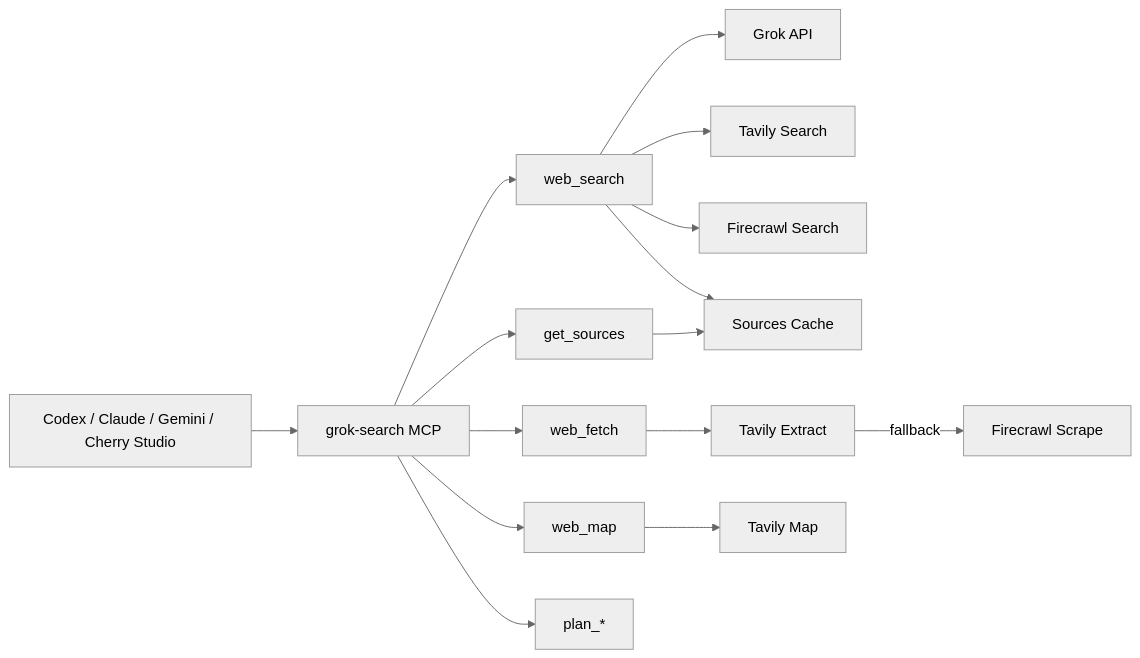
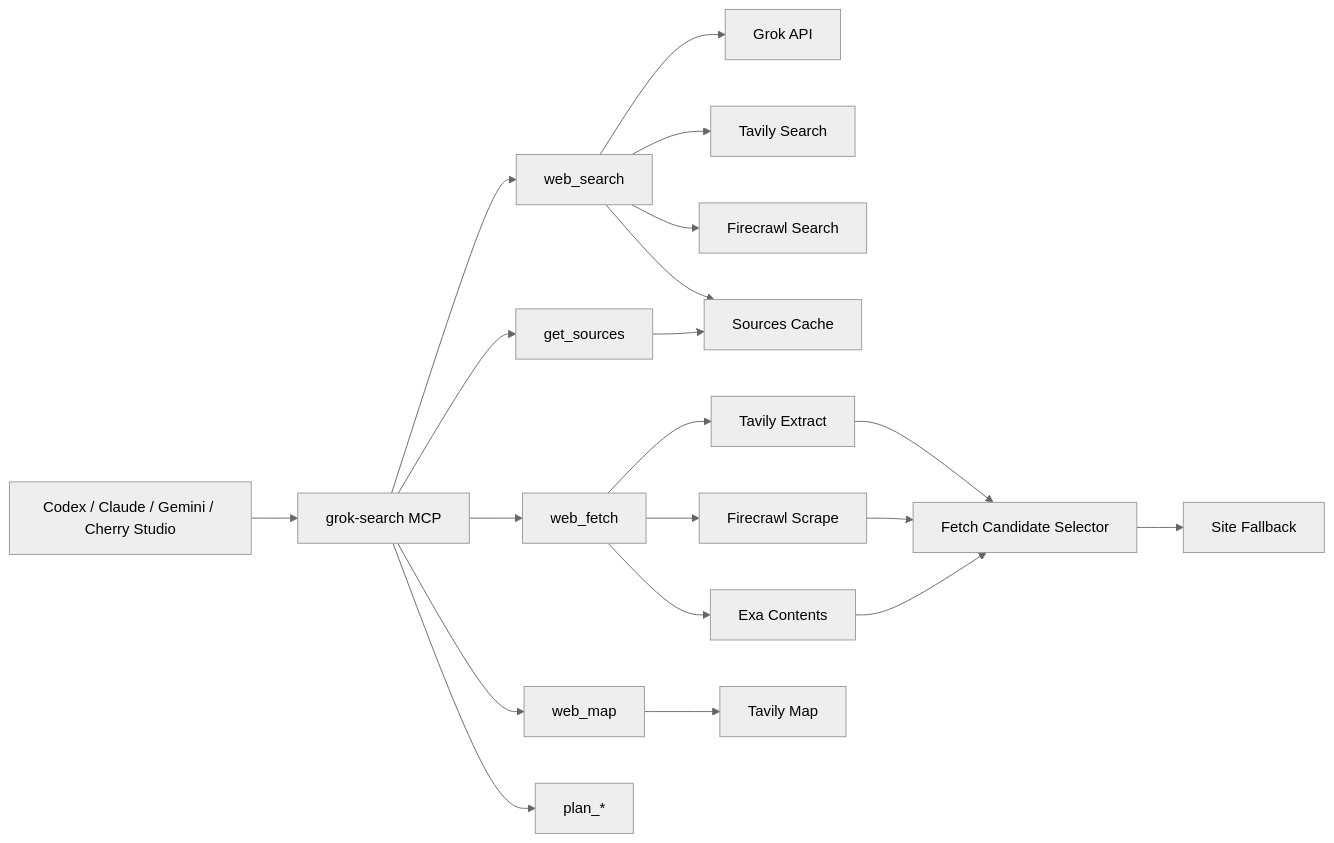
Before and after one commit to ysjzy123/GrokSearch: the diagram in docs/README_EN.md, drawn with Mermaid (neutral theme). The commit also changed other lines of this file and 14 other files, not shown here.

Commit message:
Finalize web fetch benchmarking and site fallbacks

````diff
--- a/docs/README_EN.md
+++ b/docs/README_EN.md
@@ -53,21 +54,26 @@
 ```mermaid
 flowchart LR
     C[Codex / Claude / Gemini / Cherry Studio] --> M[grok-search MCP]
 
     M --> WS[web_search]
     M --> GS[get_sources]
     M --> WF[web_fetch]
     M --> WM[web_map]
     M --> PL[plan_*]
 
     WS --> G[Grok API]
     WS --> T[Tavily Search]
     WS --> F[Firecrawl Search]
 
     WF --> TE[Tavily Extract]
-    TE -->|fallback| FS[Firecrawl Scrape]
+    WF --> FS[Firecrawl Scrape]
+    WF --> EX[Exa Contents]
+    TE --> SEL[Fetch Candidate Selector]
+    FS --> SEL
+    EX --> SEL
+    SEL --> SF[Site Fallback]
 
     WM --> TM[Tavily Map]
     GS --> CACHE[Sources Cache]
     WS --> CACHE
 ```
````
